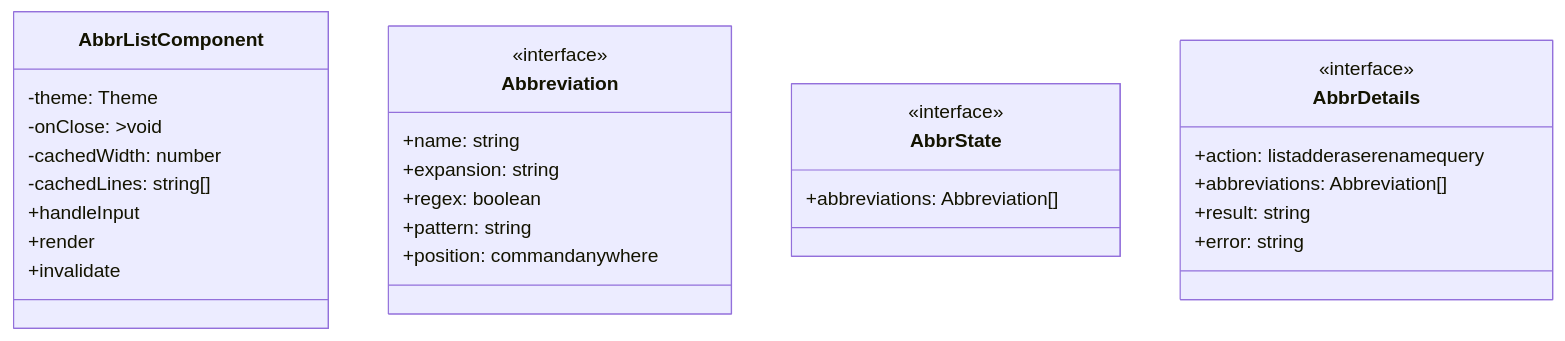
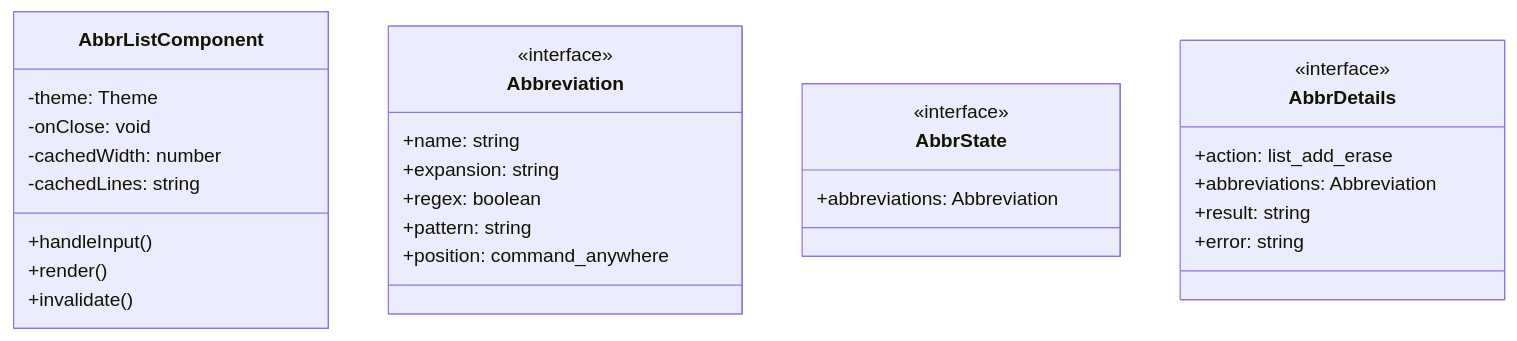
One commit to Mekann2904/mekann changed the first of 2 diagrams in ABDD/.pi/extensions/abbr.md. Above: the diagram before and after it, drawn with Mermaid. The commit also changed other lines of this file and 174 other files, not shown here.

First line of the commit message:
fix(docs): ABDDのMermaid図生成エラーを修正する

````diff
--- a/ABDD/.pi/extensions/abbr.md
+++ b/ABDD/.pi/extensions/abbr.md
@@ -34,31 +34,31 @@
 ```mermaid
 classDiagram
   class AbbrListComponent {
     -theme: Theme
-    -onClose: >void
+    -onClose: void
     -cachedWidth: number
-    -cachedLines: string[]
-    +handleInput
-    +render
-    +invalidate
+    -cachedLines: string
+    +handleInput()
+    +render()
+    +invalidate()
   }
   class Abbreviation {
     <<interface>>
     +name: string
     +expansion: string
     +regex: boolean
     +pattern: string
-    +position: commandanywhere
+    +position: command_anywhere
   }
   class AbbrState {
     <<interface>>
-    +abbreviations: Abbreviation[]
+    +abbreviations: Abbreviation
   }
   class AbbrDetails {
     <<interface>>
-    +action: listadderaserenamequery
-    +abbreviations: Abbreviation[]
+    +action: list_add_erase
+    +abbreviations: Abbreviation
     +result: string
     +error: string
   }
 ```
````
